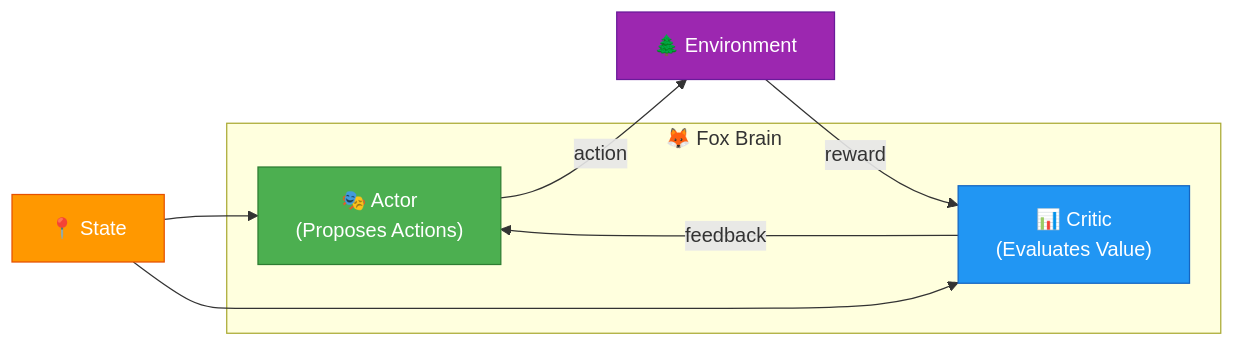
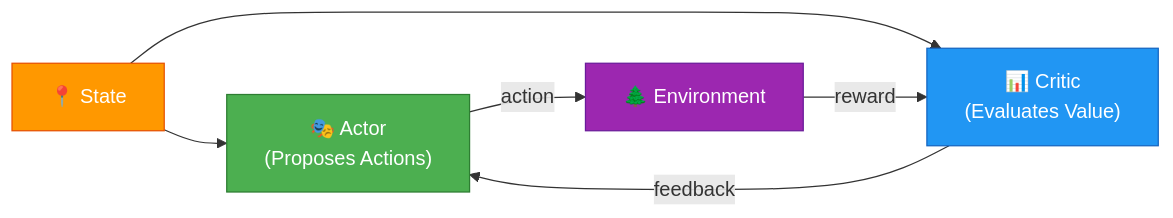
One commit to akv004/the-ai-jungle changed the third of 3 diagrams in chapter5.qmd. Above: the diagram before and after it, drawn with Mermaid.

Commit message:
Fix Actor-Critic Mermaid diagram gray box
- Remove subgraph that caused ugly gray background
- Simplify diagram layout while preserving visual flow

````diff
--- a/chapter5.qmd
+++ b/chapter5.qmd
@@ -419,20 +419,15 @@
 ```{mermaid}
 %%| label: fig-actor-critic
 %%| fig-cap: "Actor-Critic Architecture: The Actor proposes actions while the Critic evaluates them."
 flowchart LR
-    subgraph Brain["🦊 Fox Brain"]
-        Actor["🎭 Actor<br/>(Proposes Actions)"]
-        Critic["📊 Critic<br/>(Evaluates Value)"]
-    end
-    
-    State["📍 State"] --> Actor
-    State --> Critic
+    State["📍 State"] --> Actor["🎭 Actor<br/>(Proposes Actions)"]
+    State --> Critic["📊 Critic<br/>(Evaluates Value)"]
     Actor -->|action| Env["🌲 Environment"]
     Env -->|reward| Critic
     Critic -->|feedback| Actor
     
     style Actor fill:#4caf50,stroke:#2e7d32,color:#fff
     style Critic fill:#2196f3,stroke:#1565c0,color:#fff
     style State fill:#ff9800,stroke:#e65100,color:#fff
     style Env fill:#9c27b0,stroke:#6a1b9a,color:#fff
 ```
````
